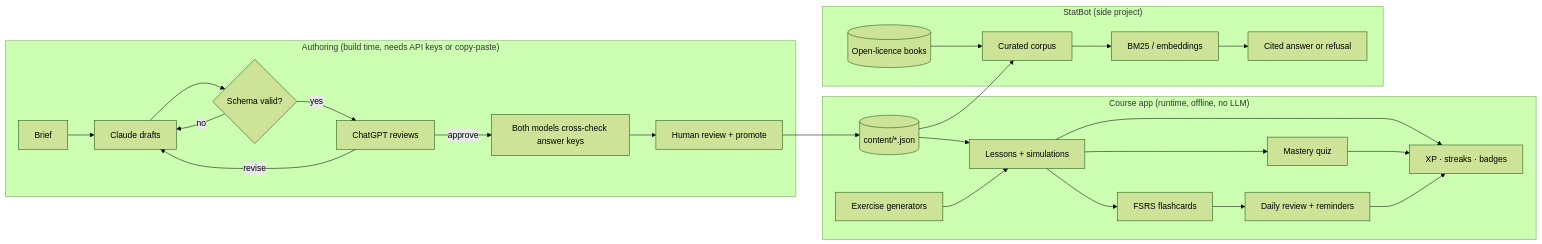
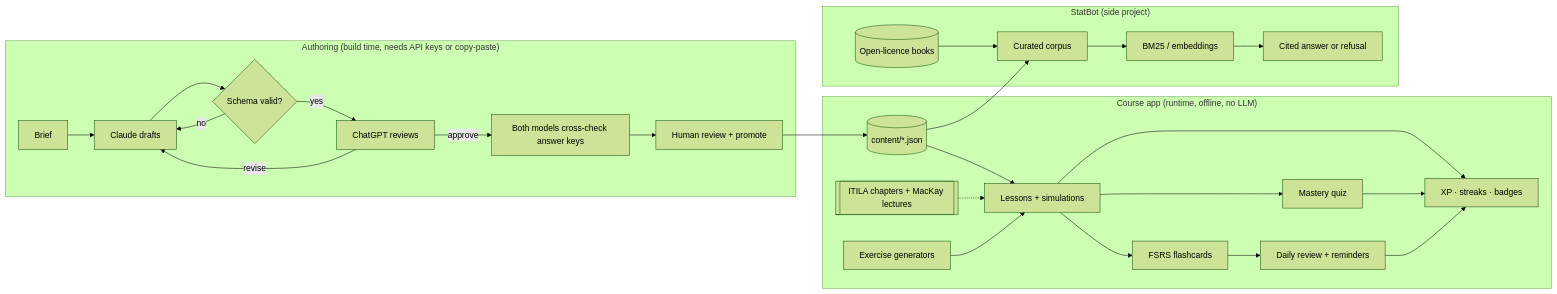
One commit to dfeldmann-bot/statLearner changed the diagram in docs/PLAN.md. Above: the diagram before and after it, drawn with Mermaid (forest theme). The commit also changed other lines of this file and 46 other files, not shown here.

First line of the commit message:
Base the course on MacKay's ITILA: book link, lectures, six new sessions

````diff
--- a/docs/PLAN.md
+++ b/docs/PLAN.md
@@ -23,27 +24,28 @@
 ```mermaid
 flowchart LR
   subgraph Authoring["Authoring (build time, needs API keys or copy-paste)"]
     B[Brief] --> C[Claude drafts]
     C --> V{Schema valid?}
     V -- no --> C
     V -- yes --> G[ChatGPT reviews]
     G -- revise --> C
     G -- approve --> X[Both models cross-check answer keys]
     X --> H[Human review + promote]
   end
   subgraph App["Course app (runtime, offline, no LLM)"]
     J[(content/*.json)] --> L[Lessons + simulations]
+    M[[ITILA chapters + MacKay lectures]] -.-> L
     E[Exercise generators] --> L
     L --> Q[Mastery quiz]
     L --> F[FSRS flashcards]
     F --> R[Daily review + reminders]
     L & Q & R --> P[XP · streaks · badges]
   end
   subgraph Bot["StatBot (side project)"]
     J --> S[Curated corpus]
     K[(Open-licence books)] --> S
     S --> I[BM25 / embeddings]
     I --> A[Cited answer or refusal]
   end
   H --> J
 ```
````
